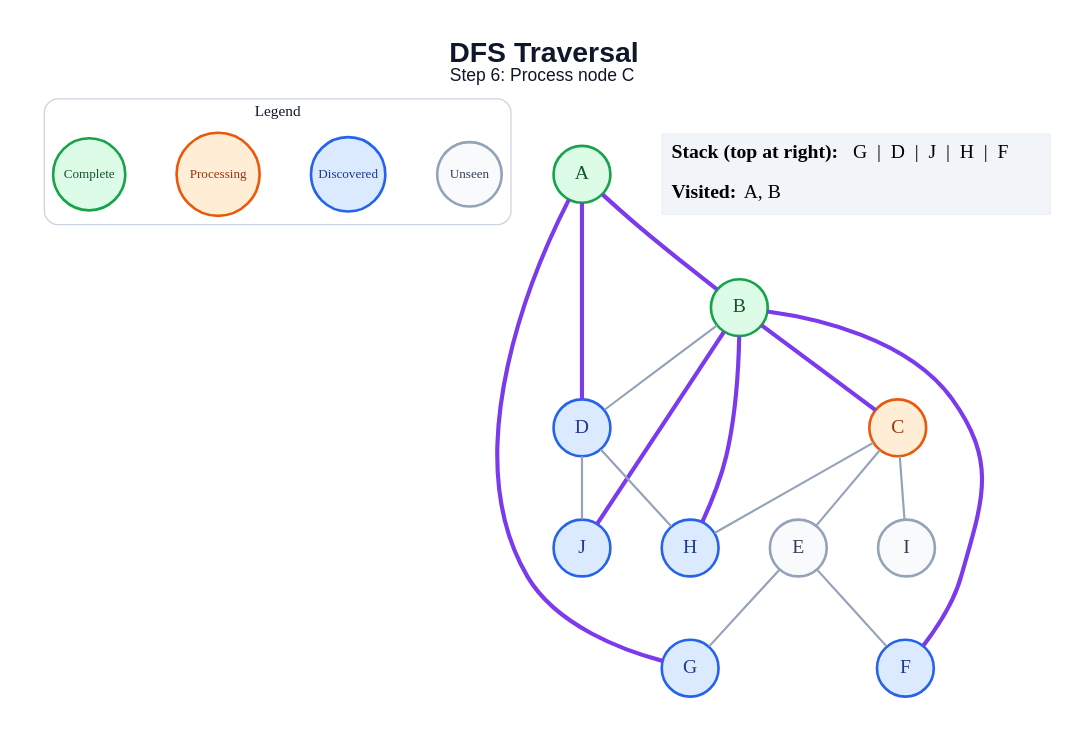
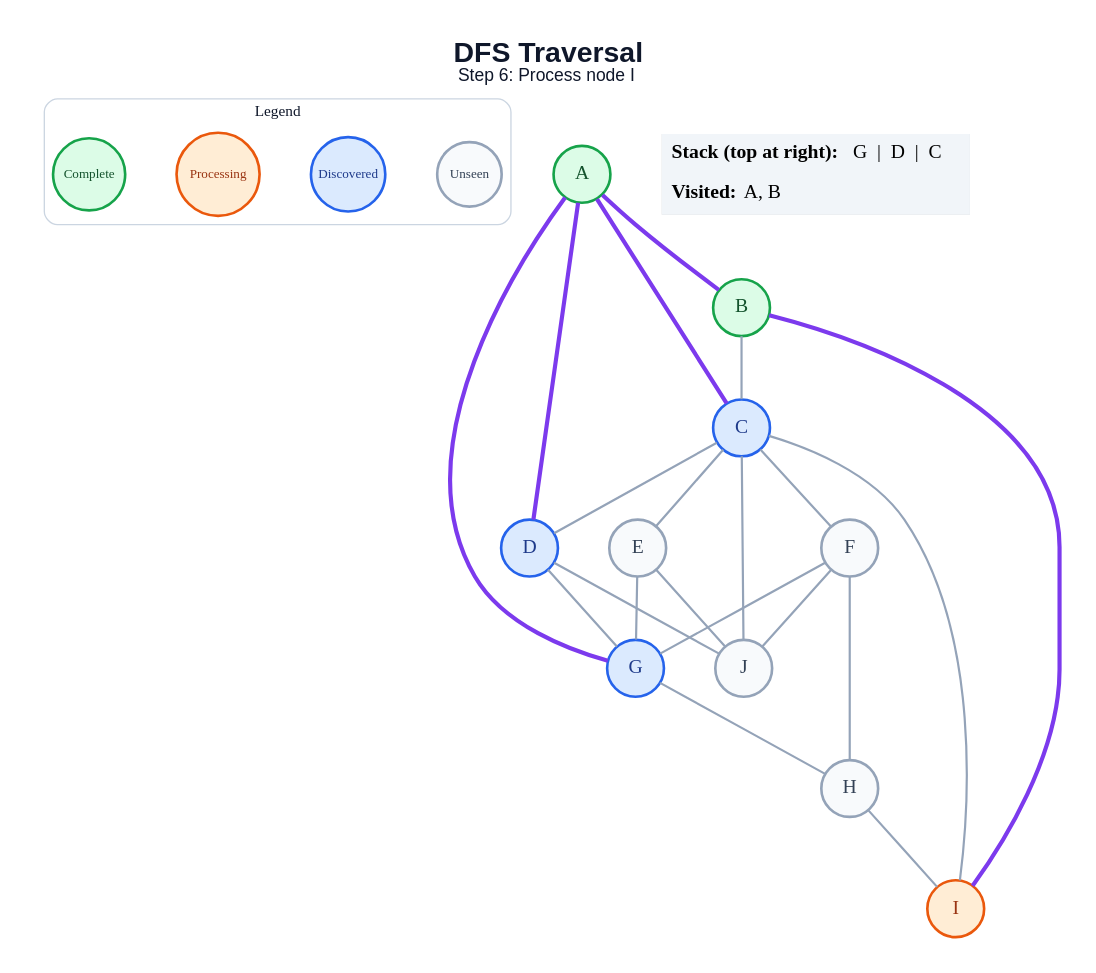
One commit to amanghodawala9/ai-slop changed the diagram in generated/dfs/step_06.dot. Above: the diagram before and after it, drawn with Graphviz. The commit also changed 178 other files, not shown here.

```diff
--- a/generated/dfs/step_06.dot
+++ b/generated/dfs/step_06.dot
@@ -1,44 +1,49 @@
 graph traversal {
   graph [layout=dot, rankdir=TB, bgcolor="#FFFFFF", pad="0.35", nodesep="0.65", ranksep="0.8", fontname="Arial"];
   node [shape=circle, style="filled", fontname="Arial Bold", fontsize=18, width=0.72, fixedsize=true, penwidth=2.4];
   edge [color="#94A3B8", penwidth=2.0];
-  label=<<B>DFS Traversal</B><BR/><FONT POINT-SIZE="16">Step 6: Process node C</FONT>>; labelloc="t"; fontsize=26; fontname="Arial"; fontcolor="#0F172A";
+  label=<<B>DFS Traversal</B><BR/><FONT POINT-SIZE="16">Step 6: Process node I</FONT>>; labelloc="t"; fontsize=26; fontname="Arial"; fontcolor="#0F172A";
   subgraph cluster_legend { label="Legend"; color="#CBD5E1"; penwidth=1.2; style="rounded"; fontsize=14; fontname="Arial Bold";
     key_unseen [label="Unseen", fillcolor="#F8FAFC", color="#94A3B8", fontcolor="#334155", fontsize=12, width=0.82];
     key_frontier [label="Discovered", fillcolor="#DBEAFE", color="#2563EB", fontcolor="#1E3A8A", fontsize=12, width=0.95];
     key_current [label="Processing", fillcolor="#FFEDD5", color="#EA580C", fontcolor="#9A3412", fontsize=12, width=1.05];
     key_done [label="Complete", fillcolor="#DCFCE7", color="#16A34A", fontcolor="#14532D", fontsize=12, width=0.92];
     { rank=same; key_unseen; key_frontier; key_current; key_done; }
   }
   A [fillcolor="#DCFCE7", color="#16A34A", fontcolor="#14532D"];
   B [fillcolor="#DCFCE7", color="#16A34A", fontcolor="#14532D"];
-  C [fillcolor="#FFEDD5", color="#EA580C", fontcolor="#9A3412"];
+  C [fillcolor="#DBEAFE", color="#2563EB", fontcolor="#1E3A8A"];
   D [fillcolor="#DBEAFE", color="#2563EB", fontcolor="#1E3A8A"];
   E [fillcolor="#F8FAFC", color="#94A3B8", fontcolor="#334155"];
-  F [fillcolor="#DBEAFE", color="#2563EB", fontcolor="#1E3A8A"];
+  F [fillcolor="#F8FAFC", color="#94A3B8", fontcolor="#334155"];
   G [fillcolor="#DBEAFE", color="#2563EB", fontcolor="#1E3A8A"];
-  H [fillcolor="#DBEAFE", color="#2563EB", fontcolor="#1E3A8A"];
-  I [fillcolor="#F8FAFC", color="#94A3B8", fontcolor="#334155"];
-  J [fillcolor="#DBEAFE", color="#2563EB", fontcolor="#1E3A8A"];
+  H [fillcolor="#F8FAFC", color="#94A3B8", fontcolor="#334155"];
+  I [fillcolor="#FFEDD5", color="#EA580C", fontcolor="#9A3412"];
+  J [fillcolor="#F8FAFC", color="#94A3B8", fontcolor="#334155"];
   A -- B [color="#7C3AED", penwidth=3.8];
+  A -- C [color="#7C3AED", penwidth=3.8];
   A -- D [color="#7C3AED", penwidth=3.8];
   A -- G [color="#7C3AED", penwidth=3.8];
-  B -- C [color="#7C3AED", penwidth=3.8];
-  B -- D;
-  B -- F [color="#7C3AED", penwidth=3.8];
-  B -- H [color="#7C3AED", penwidth=3.8];
-  B -- J [color="#7C3AED", penwidth=3.8];
+  B -- C;
+  B -- I [color="#7C3AED", penwidth=3.8];
+  C -- D;
   C -- E;
-  C -- H;
+  C -- F;
   C -- I;
-  D -- H;
+  C -- J;
+  D -- G;
   D -- J;
-  E -- F;
   E -- G;
+  E -- J;
+  F -- G;
+  F -- H;
+  F -- J;
+  G -- H;
+  H -- I;
   status [shape=plain, fixedsize=false, width=0, height=0, margin=0, label=<
     <TABLE BORDER="0" CELLBORDER="0" CELLPADDING="7" BGCOLOR="#F1F5F9">
-      <TR><TD ALIGN="LEFT"><B>Stack (top at right):</B> G  |  D  |  J  |  H  |  F</TD></TR>
+      <TR><TD ALIGN="LEFT"><B>Stack (top at right):</B> G  |  D  |  C</TD></TR>
       <TR><TD ALIGN="LEFT"><B>Visited:</B> A, B</TD></TR>
     </TABLE>
   >];
 }
```
